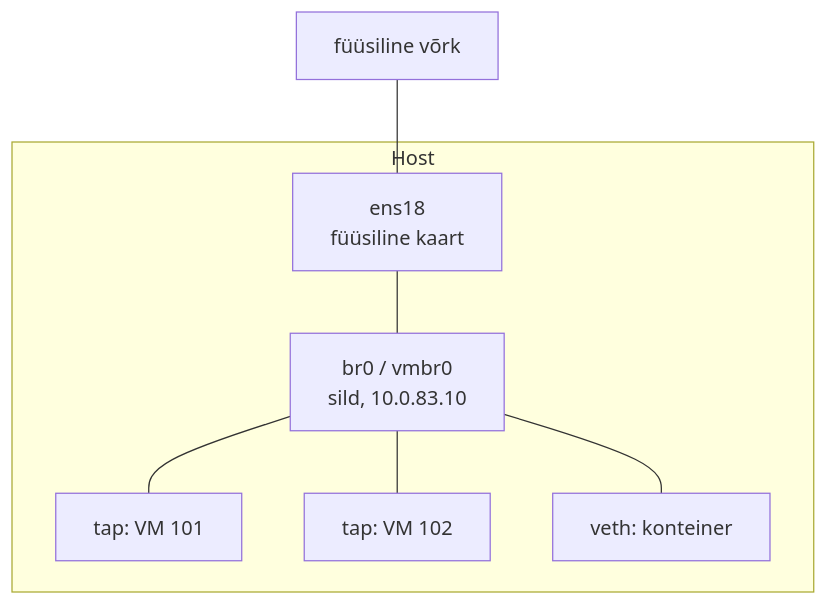
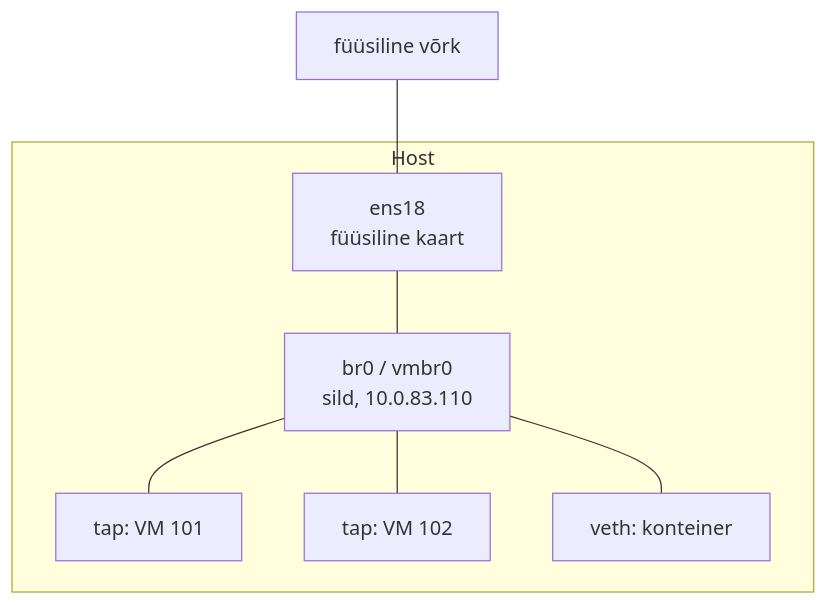
One commit to rainkoor/linux-kursus changed the first of 3 diagrams in docs/moodul-13-vorgu-suvendus/index.md. Above: the diagram before and after it, drawn with Mermaid. The commit also changed other lines of this file and 57 other files, not shown here.

````diff
--- a/docs/moodul-13-vorgu-suvendus/index.md
+++ b/docs/moodul-13-vorgu-suvendus/index.md
@@ -138,10 +138,10 @@
 ```mermaid
 flowchart TB
     NET["füüsiline võrk"] --- ENS["ens18<br>füüsiline kaart"]
     subgraph H["Host"]
-        ENS --- BR["br0 / vmbr0<br>sild, 10.0.83.10"]
+        ENS --- BR["br0 / vmbr0<br>sild, 10.0.83.110"]
         BR --- T1["tap: VM 101"]
         BR --- T2["tap: VM 102"]
         BR --- V1["veth: konteiner"]
     end
 ```
````
